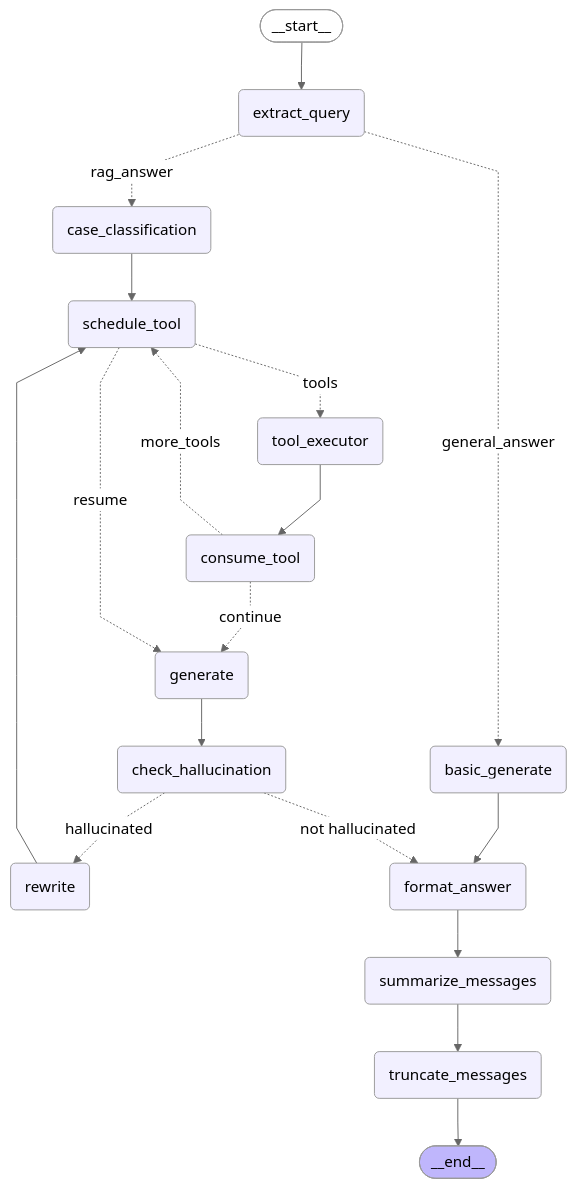
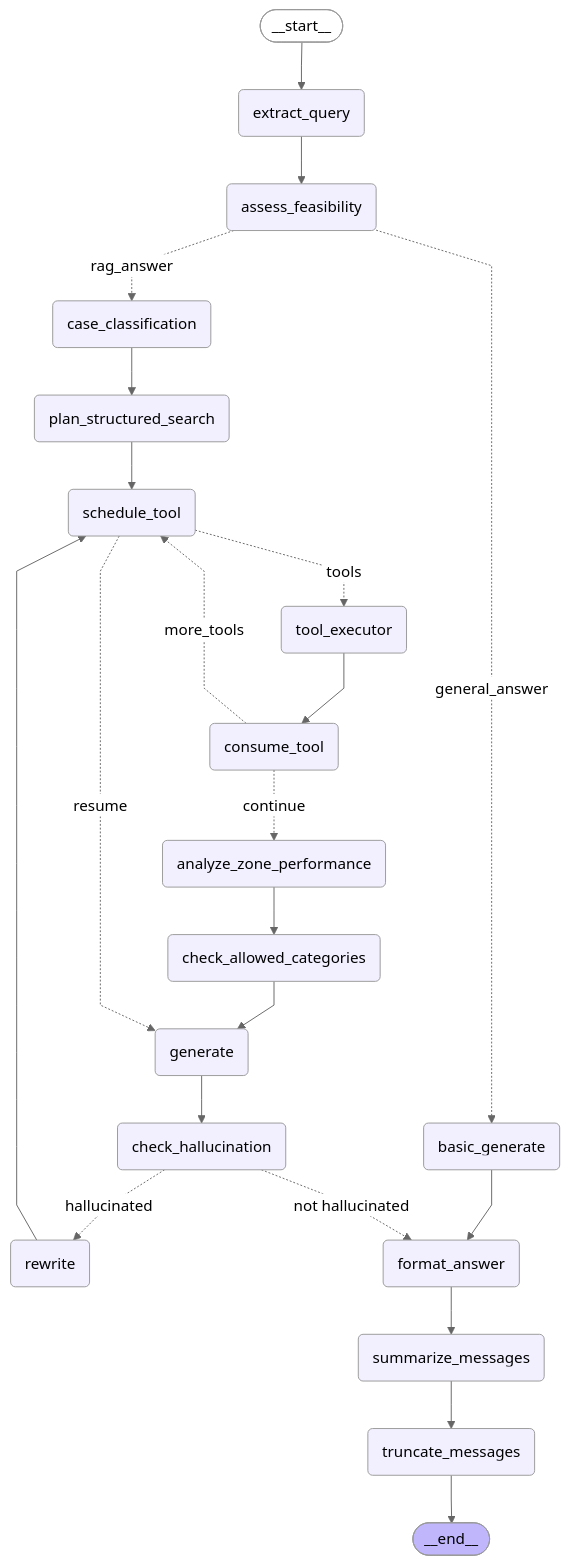
One commit to da-itdaing/chatbot changed the diagram in chatbot/artifacts/graphs/seller_graph.mmd. Above: the diagram before and after it, drawn with Mermaid (neutral theme). The commit also changed 133 other files, not shown here.

```diff
--- a/chatbot/artifacts/graphs/seller_graph.mmd
+++ b/chatbot/artifacts/graphs/seller_graph.mmd
@@ -1,40 +1,48 @@
 ---
 config:
   flowchart:
     curve: linear
 ---
 graph TD;
 	__start__([<p>__start__</p>]):::first
 	extract_query(extract_query)
+	assess_feasibility(assess_feasibility)
 	case_classification(case_classification)
+	plan_structured_search(plan_structured_search)
 	schedule_tool(schedule_tool)
 	consume_tool(consume_tool)
 	tool_executor(tool_executor)
+	analyze_zone_performance(analyze_zone_performance)
+	check_allowed_categories(check_allowed_categories)
 	generate(generate)
 	check_hallucination(check_hallucination)
 	rewrite(rewrite)
 	basic_generate(basic_generate)
 	format_answer(format_answer)
 	summarize_messages(summarize_messages)
 	truncate_messages(truncate_messages)
 	__end__([<p>__end__</p>]):::last
 	__start__ --> extract_query;
+	analyze_zone_performance --> check_allowed_categories;
+	assess_feasibility -. &nbsp;general_answer&nbsp; .-> basic_generate;
+	assess_feasibility -. &nbsp;rag_answer&nbsp; .-> case_classification;
 	basic_generate --> format_answer;
-	case_classification --> schedule_tool;
+	case_classification --> plan_structured_search;
+	check_allowed_categories --> generate;
 	check_hallucination -. &nbsp;not hallucinated&nbsp; .-> format_answer;
 	check_hallucination -. &nbsp;hallucinated&nbsp; .-> rewrite;
-	consume_tool -. &nbsp;continue&nbsp; .-> generate;
+	consume_tool -. &nbsp;continue&nbsp; .-> analyze_zone_performance;
 	consume_tool -. &nbsp;more_tools&nbsp; .-> schedule_tool;
-	extract_query -. &nbsp;general_answer&nbsp; .-> basic_generate;
-	extract_query -. &nbsp;rag_answer&nbsp; .-> case_classification;
+	extract_query --> assess_feasibility;
 	format_answer --> summarize_messages;
 	generate --> check_hallucination;
+	plan_structured_search --> schedule_tool;
 	rewrite --> schedule_tool;
 	schedule_tool -. &nbsp;resume&nbsp; .-> generate;
 	schedule_tool -. &nbsp;tools&nbsp; .-> tool_executor;
 	summarize_messages --> truncate_messages;
 	tool_executor --> consume_tool;
 	truncate_messages --> __end__;
 	classDef default fill:#f2f0ff,line-height:1.2
 	classDef first fill-opacity:0
 	classDef last fill:#bfb6fc
```
